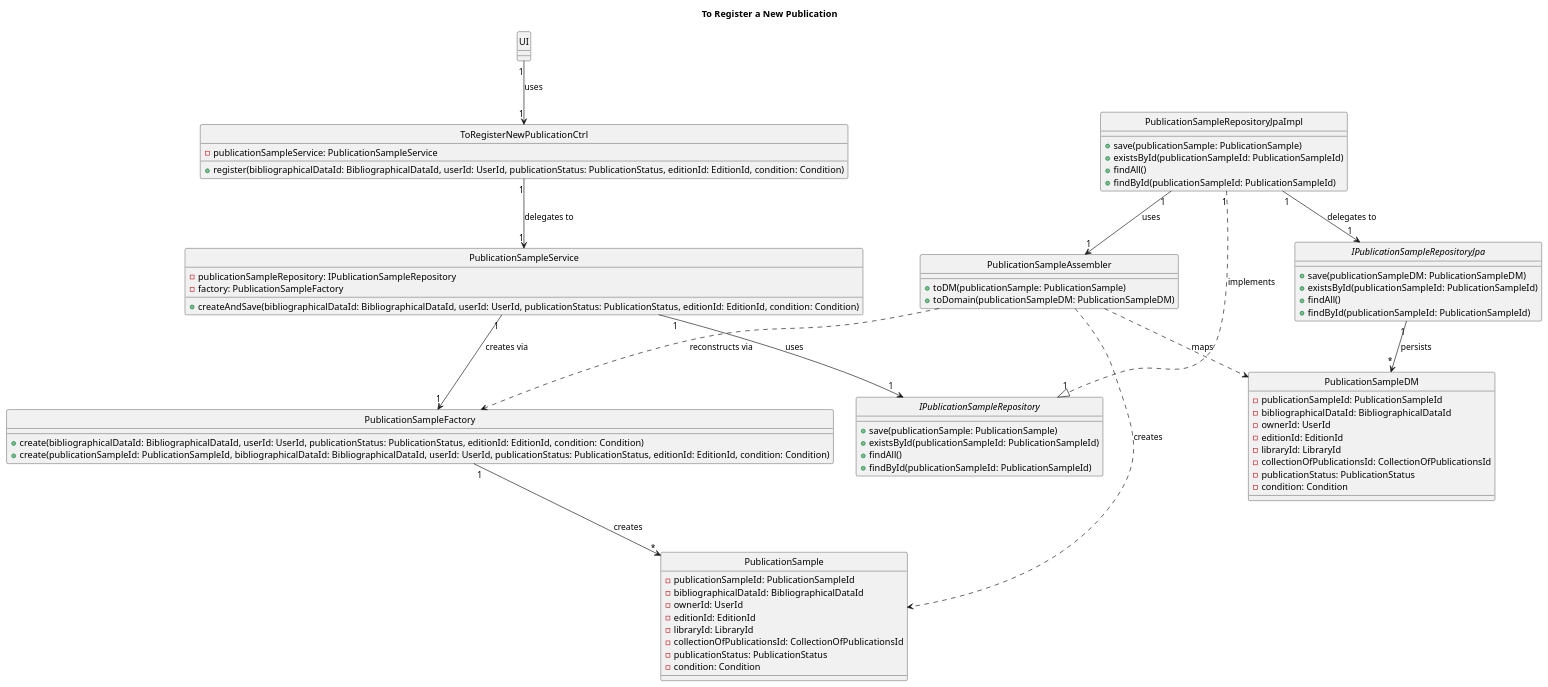
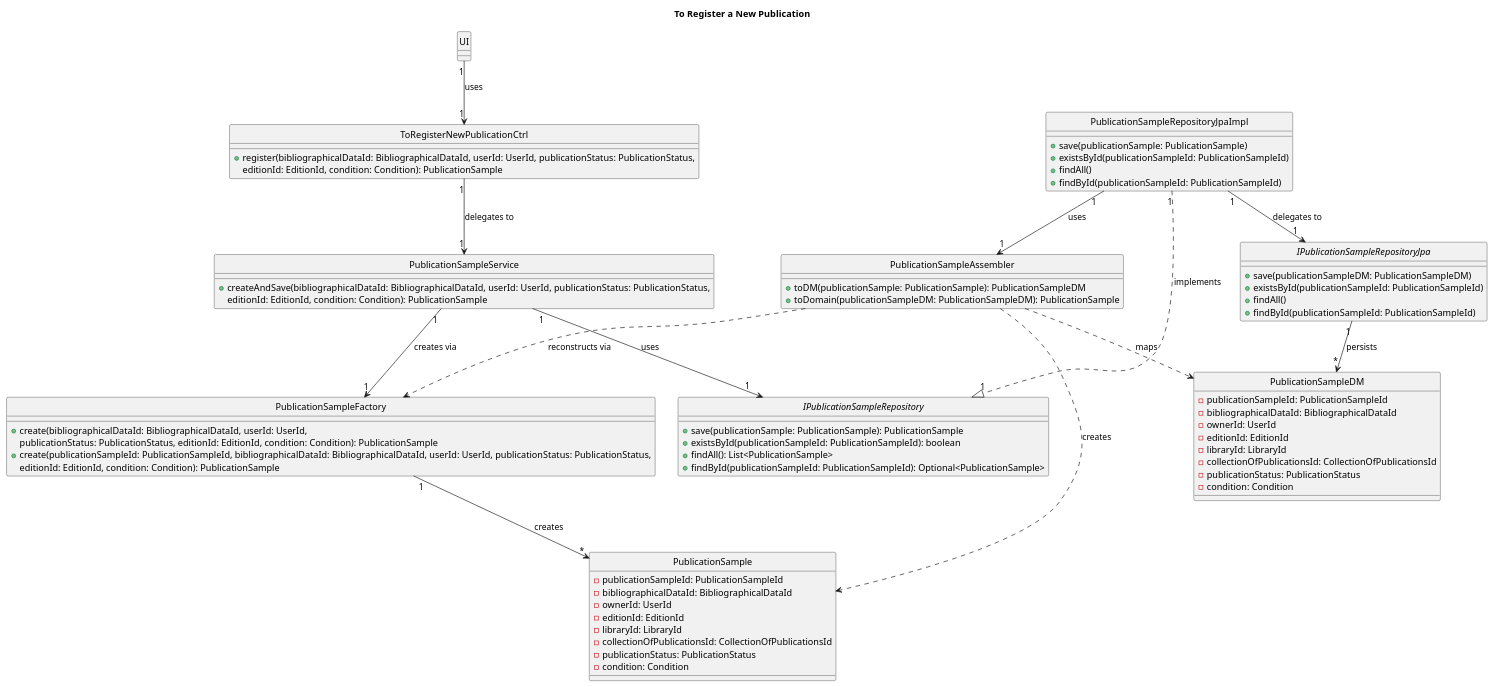
One commit to AndrePereiraGitH/SWitCH-Project-Team_A changed the diagram in Diagrams/ClassDiagrams/To-register-a-publication-to-add-to-library.puml. Above: the diagram before and after it, drawn with PlantUML. The commit also changed 3 other files, not shown here.

```diff
--- a/Diagrams/ClassDiagrams/To-register-a-publication-to-add-to-library.puml
+++ b/Diagrams/ClassDiagrams/To-register-a-publication-to-add-to-library.puml
@@ -1,96 +1,97 @@
 @startuml
 
  hide circle
  title To Register a New Publication
 
  class UI
 
  class ToRegisterNewPublicationCtrl {
-   -publicationSampleService: PublicationSampleService
-   +register(bibliographicalDataId: BibliographicalDataId, userId: UserId, publicationStatus: PublicationStatus, editionId: EditionId, condition: Condition)
+   +register(bibliographicalDataId: BibliographicalDataId, userId: UserId, publicationStatus: PublicationStatus,
+   editionId: EditionId, condition: Condition): PublicationSample
  }
 
  class PublicationSampleService {
-   -publicationSampleRepository: IPublicationSampleRepository
-   -factory: PublicationSampleFactory
-   +createAndSave(bibliographicalDataId: BibliographicalDataId, userId: UserId, publicationStatus: PublicationStatus, editionId: EditionId, condition: Condition)
+   +createAndSave(bibliographicalDataId: BibliographicalDataId, userId: UserId, publicationStatus: PublicationStatus,
+   editionId: EditionId, condition: Condition): PublicationSample
  }
 
  class PublicationSample {
    -publicationSampleId: PublicationSampleId
    -bibliographicalDataId: BibliographicalDataId
    -ownerId: UserId
    -editionId: EditionId
    -libraryId: LibraryId
    -collectionOfPublicationsId: CollectionOfPublicationsId
    -publicationStatus: PublicationStatus
    -condition: Condition
  }
 
  class PublicationSampleFactory {
-   +create(bibliographicalDataId: BibliographicalDataId, userId: UserId, publicationStatus: PublicationStatus, editionId: EditionId, condition: Condition)
-   +create(publicationSampleId: PublicationSampleId, bibliographicalDataId: BibliographicalDataId, userId: UserId, publicationStatus: PublicationStatus, editionId: EditionId, condition: Condition)
+   +create(bibliographicalDataId: BibliographicalDataId, userId: UserId,
+   publicationStatus: PublicationStatus, editionId: EditionId, condition: Condition): PublicationSample
+   +create(publicationSampleId: PublicationSampleId, bibliographicalDataId: BibliographicalDataId, userId: UserId, publicationStatus: PublicationStatus,
+   editionId: EditionId, condition: Condition): PublicationSample
  }
 
  interface IPublicationSampleRepository {
-   +save(publicationSample: PublicationSample)
-   +existsById(publicationSampleId: PublicationSampleId)
-   +findAll()
-   +findById(publicationSampleId: PublicationSampleId)
+   +save(publicationSample: PublicationSample): PublicationSample
+   +existsById(publicationSampleId: PublicationSampleId): boolean
+   +findAll(): List<PublicationSample>
+   +findById(publicationSampleId: PublicationSampleId): Optional<PublicationSample>
  }
 
  class PublicationSampleRepositoryJpaImpl {
    +save(publicationSample: PublicationSample)
    +existsById(publicationSampleId: PublicationSampleId)
    +findAll()
    +findById(publicationSampleId: PublicationSampleId)
  }
 
  interface IPublicationSampleRepositoryJpa {
    +save(publicationSampleDM: PublicationSampleDM)
    +existsById(publicationSampleId: PublicationSampleId)
    +findAll()
    +findById(publicationSampleId: PublicationSampleId)
  }
 
  class PublicationSampleAssembler {
-   +toDM(publicationSample: PublicationSample)
-   +toDomain(publicationSampleDM: PublicationSampleDM)
+   +toDM(publicationSample: PublicationSample): PublicationSampleDM
+   +toDomain(publicationSampleDM: PublicationSampleDM): PublicationSample
  }
 
  class PublicationSampleDM {
    -publicationSampleId: PublicationSampleId
    -bibliographicalDataId: BibliographicalDataId
    -ownerId: UserId
    -editionId: EditionId
    -libraryId: LibraryId
    -collectionOfPublicationsId: CollectionOfPublicationsId
    -publicationStatus: PublicationStatus
    -condition: Condition
  }
 
  ' =============
  ' Relationships
  ' =============
 
  UI "1" --> "1" ToRegisterNewPublicationCtrl : uses
 
  ToRegisterNewPublicationCtrl "1" --> "1" PublicationSampleService : delegates to
 
  PublicationSampleService "1" --> "1" IPublicationSampleRepository : uses
  PublicationSampleService "1" --> "1" PublicationSampleFactory : creates via
 
  PublicationSampleRepositoryJpaImpl "1" ..|> "1" IPublicationSampleRepository : implements
  PublicationSampleRepositoryJpaImpl "1" --> "1" IPublicationSampleRepositoryJpa : delegates to
  PublicationSampleRepositoryJpaImpl "1" --> "1" PublicationSampleAssembler : uses
 
  IPublicationSampleRepositoryJpa "1" --> "*" PublicationSampleDM : persists
 
  PublicationSampleAssembler ..> PublicationSampleFactory : reconstructs via
  PublicationSampleAssembler ..> PublicationSample : creates
  PublicationSampleAssembler ..> PublicationSampleDM : maps
 
 
  PublicationSampleFactory "1" --> "*" PublicationSample : creates
 
  @enduml
```
